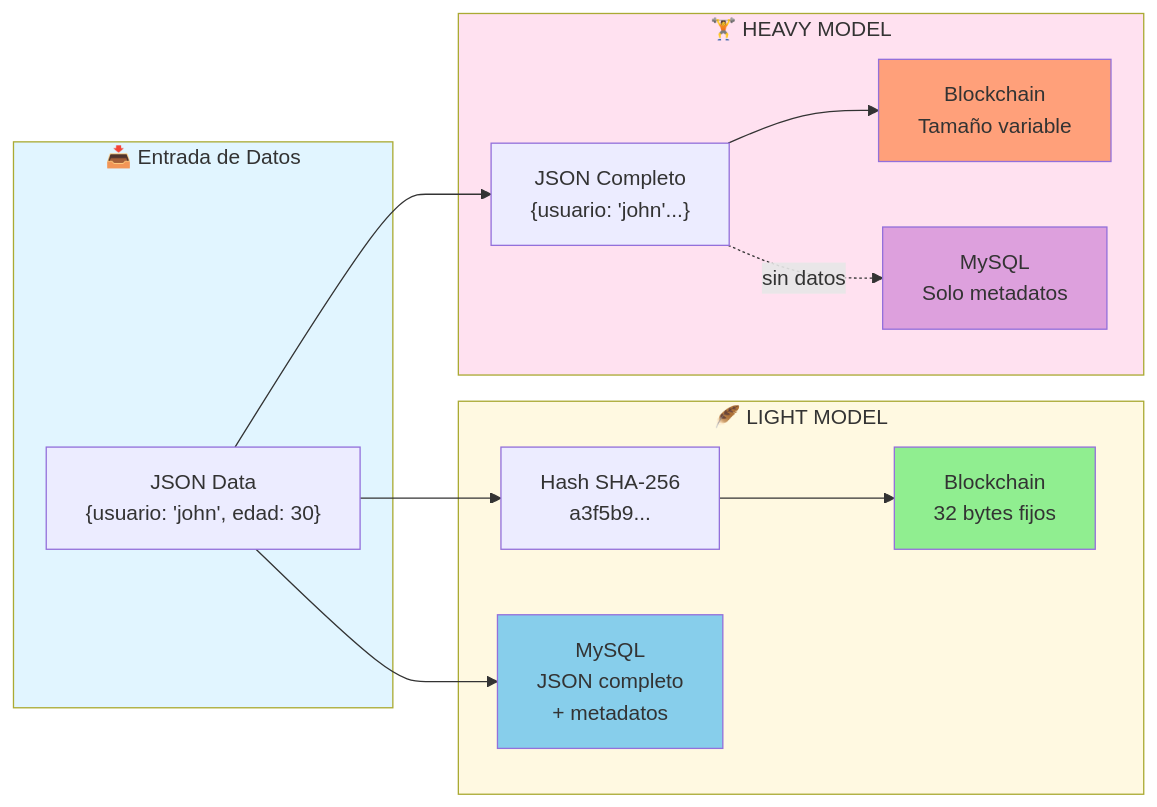
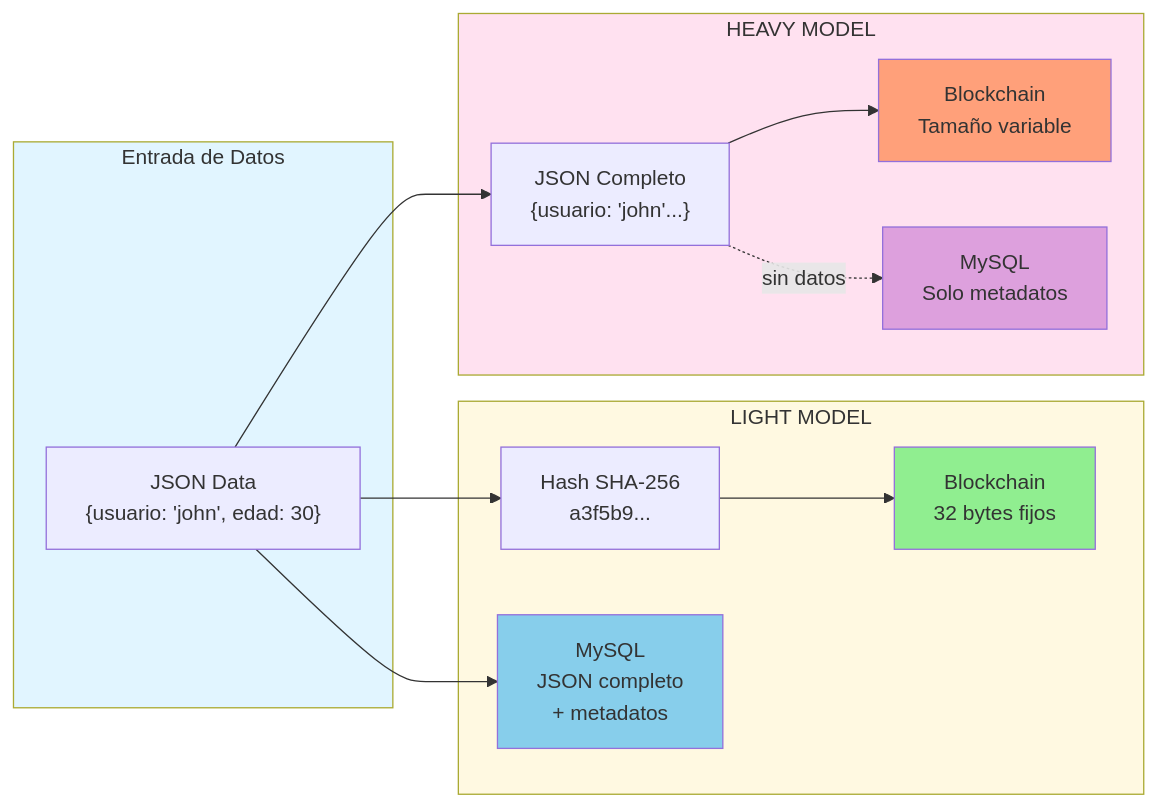
One commit to GSYAtools/blockchain-api changed the diagram in docs/mermaid/modelo-datos-comparacion.mmd. Above: the diagram before and after it, drawn with Mermaid. The commit also changed other lines of this file and 18 other files, not shown here.

First line of the commit message:
Update architecture and flow diagrams in docs

```diff
--- a/docs/mermaid/modelo-datos-comparacion.mmd
+++ b/docs/mermaid/modelo-datos-comparacion.mmd
@@ -1,34 +1,34 @@
 %%{init: {'theme':'default'}}%%
 graph LR
-    subgraph Input["📥 Entrada de Datos"]
+    subgraph Input["Entrada de Datos"]
         JSON["JSON Data<br/>{usuario: 'john', edad: 30}"]
     end
     
-    subgraph LightModel["🪶 LIGHT MODEL"]
+    subgraph LightModel["LIGHT MODEL"]
         LightHash["Hash SHA-256<br/>a3f5b9..."]
         LightBC["Blockchain<br/>32 bytes fijos"]
         LightDB["MySQL<br/>JSON completo<br/>+ metadatos"]
     end
     
-    subgraph HeavyModel["🏋️ HEAVY MODEL"]
+    subgraph HeavyModel["HEAVY MODEL"]
         HeavyJSON["JSON Completo<br/>{usuario: 'john'...}"]
         HeavyBC["Blockchain<br/>Tamaño variable"]
         HeavyDB["MySQL<br/>Solo metadatos"]
     end
     
     JSON --> LightHash
     JSON --> HeavyJSON
     
     LightHash --> LightBC
     JSON --> LightDB
     
     HeavyJSON --> HeavyBC
     HeavyJSON -.sin datos.-> HeavyDB
     
     style Input fill:#e1f5ff
     style LightModel fill:#fff9e1
     style HeavyModel fill:#ffe1f0
     style LightBC fill:#90EE90
     style HeavyBC fill:#FFA07A
     style LightDB fill:#87CEEB
     style HeavyDB fill:#DDA0DD
```
